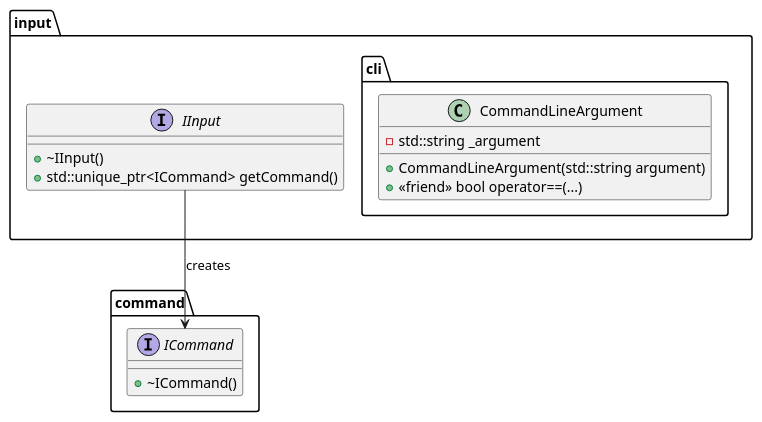
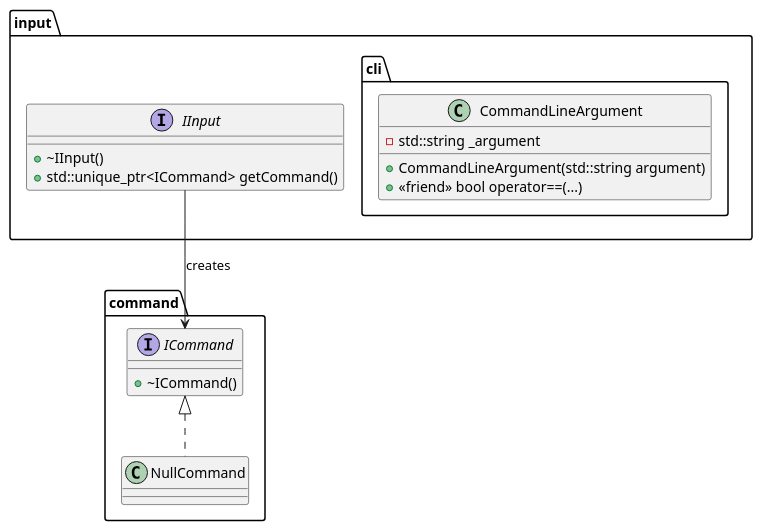
One commit to Payzman/simple-issue-tracker changed the diagram in doc/class.puml. Above: the diagram before and after it, drawn with PlantUML. The commit also changed 2 other files, not shown here.

```diff
--- a/doc/class.puml
+++ b/doc/class.puml
@@ -1,23 +1,24 @@
 @startuml
 package command {
   interface ICommand {
     +~ICommand()
   }
+  class NullCommand implements ICommand
 }
 
 package input {
   interface IInput {
     +~IInput()
     +std::unique_ptr<ICommand> getCommand()
   }
   package cli {
     class CommandLineArgument {
       +CommandLineArgument(std::string argument)
       +<<friend>> bool operator==(...)
       -std::string _argument
     }
   }
 }
 
 IInput --> ICommand : creates
 @enduml
```
